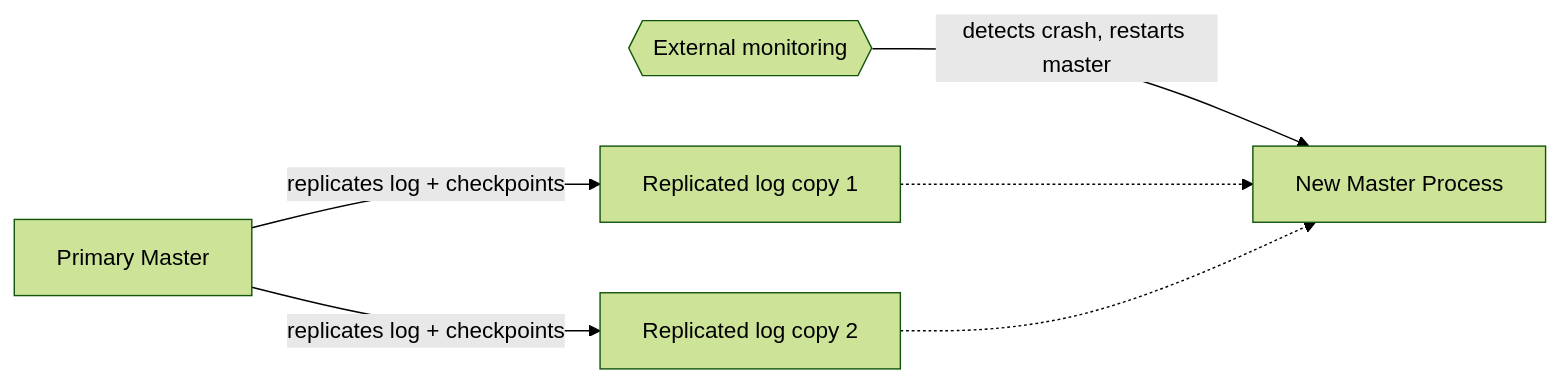
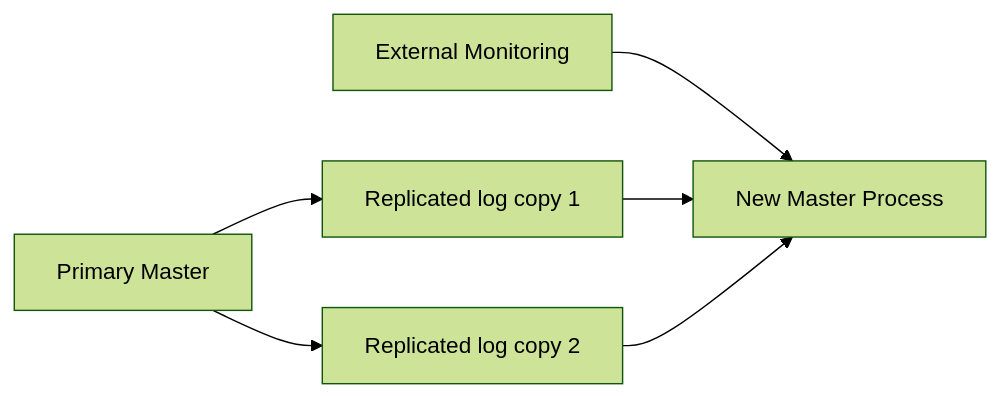
Before and after one commit to ChadaSaiteja/blog: the fourth of 4 diagrams in _posts/2026-09-13-google-file-system-explained.md, drawn with Mermaid (forest theme). The commit also changed other lines of this file, not shown here.

Commit message:
Fix mermaid syntax errors in replication and master-failover diagrams

````diff
--- a/_posts/2026-09-13-google-file-system-explained.md
+++ b/_posts/2026-09-13-google-file-system-explained.md
@@ -119,8 +119,8 @@
 ```mermaid
 flowchart LR
-    Primary["Primary Master"] -- "replicates log + checkpoints" --> Remote1["Replicated log copy 1"]
-    Primary -- "replicates log + checkpoints" --> Remote2["Replicated log copy 2"]
-    Monitor{{"External monitoring"}} -- "detects crash, restarts master" --> NewMaster["New Master Process"]
-    Remote1 -.-> NewMaster
-    Remote2 -.-> NewMaster
+    Primary["Primary Master"] --> Remote1["Replicated log copy 1"]
+    Primary --> Remote2["Replicated log copy 2"]
+    Monitor["External Monitoring"] --> NewMaster["New Master Process"]
+    Remote1 --> NewMaster
+    Remote2 --> NewMaster
 ```
````
